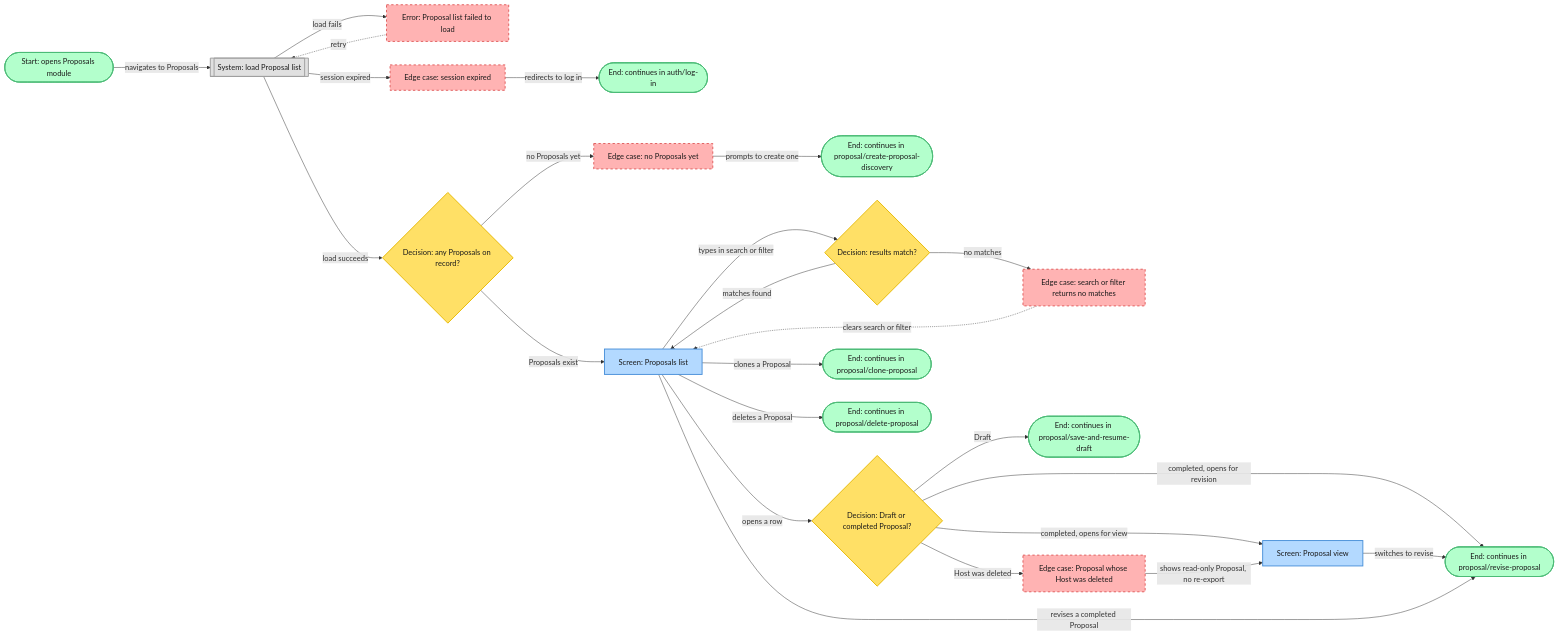
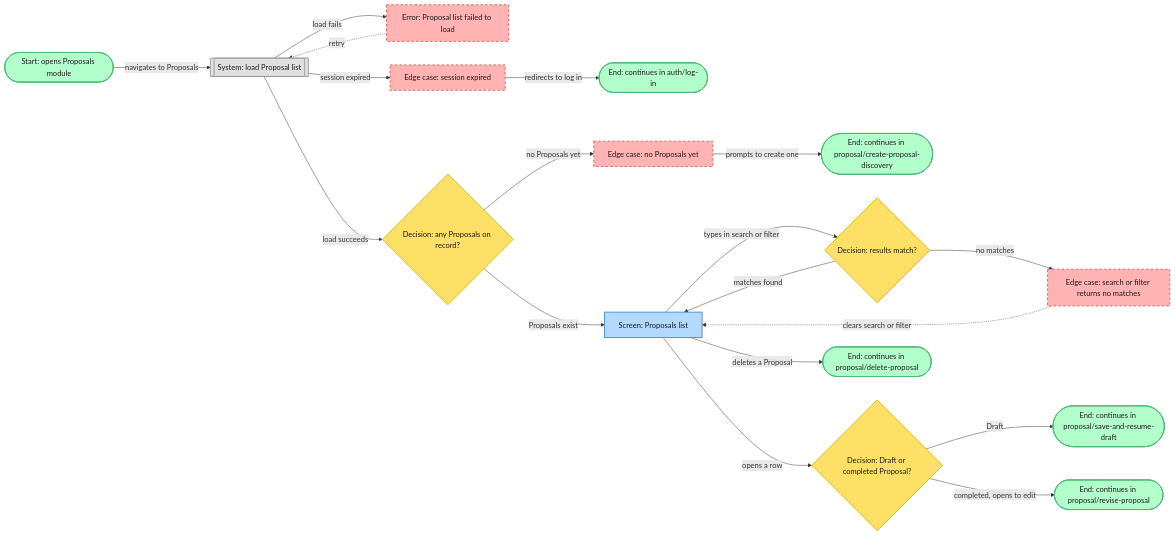
One commit to 3WokRide/claude-scratch changed the diagram in proposal-builder/user-flows/proposal/browse-proposals.mermaid. Above: the diagram before and after it, drawn with Mermaid. The commit also changed 13 other files, not shown here.

```diff
--- a/proposal-builder/user-flows/proposal/browse-proposals.mermaid
+++ b/proposal-builder/user-flows/proposal/browse-proposals.mermaid
@@ -1,38 +1,31 @@
 %% Flow: Browse Proposals
-%% Applies: 1 (no Proposals yet empty state), 5 (search or filter returns no matches, distinct from empty state), 7 (Proposal whose Host was deleted), 8 (session expiry on load)
-%% N/A: 2 (no external API call in this flow), 3 (no AI generation in this flow), 4 (no form input, only filter/search fields), 6 (delete confirmation lives in delete-proposal)
+%% Applies: 1 (no Proposals yet empty state), 5 (search or filter returns no matches, distinct from empty state), 8 (session expiry on load)
+%% N/A: 2 (no external API call in this flow), 3 (no AI generation in this flow), 4 (no form input, only filter/search fields), 6 (delete confirmation lives in delete-proposal), 7 (Hosts are archived not deleted, so a Proposal can never lose its Host)
 flowchart LR
     classDef startEnd fill:#B3FFCC,stroke:#4CBB77,stroke-width:2px,color:#1A1A1A
     classDef screen fill:#B3D9FF,stroke:#4A90D9,stroke-width:2px,color:#1A1A1A
     classDef system fill:#E0E0E0,stroke:#9E9E9E,stroke-width:2px,color:#1A1A1A
     classDef decision fill:#FFE066,stroke:#E6B800,stroke-width:2px,color:#1A1A1A
     classDef errorNode fill:#FFB3B3,stroke:#E05C5C,stroke-width:2px,stroke-dasharray: 5 5,color:#1A1A1A
 
     A(["Start: opens Proposals module"]):::startEnd -->|"navigates to Proposals"| B[["System: load Proposal list"]]:::system
     B -->|"load fails"| E1["Error: Proposal list failed to load"]:::errorNode
     E1 -.->|"retry"| B
     B -->|"session expired"| E2["Edge case: session expired"]:::errorNode
     E2 -->|"redirects to log in"| Z1(["End: continues in auth/log-in"]):::startEnd
 
     B -->|"load succeeds"| C{"Decision: any Proposals on record?"}:::decision
     C -->|"no Proposals yet"| D1["Edge case: no Proposals yet"]:::errorNode
     D1 -->|"prompts to create one"| Z2(["End: continues in proposal/create-proposal-discovery"]):::startEnd
 
     C -->|"Proposals exist"| F["Screen: Proposals list"]:::screen
     F -->|"types in search or filter"| G{"Decision: results match?"}:::decision
     G -->|"matches found"| F
     G -->|"no matches"| D2["Edge case: search or filter returns no matches"]:::errorNode
     D2 -.->|"clears search or filter"| F
 
     F -->|"opens a row"| H{"Decision: Draft or completed Proposal?"}:::decision
     H -->|"Draft"| Z3(["End: continues in proposal/save-and-resume-draft"]):::startEnd
-    H -->|"completed, opens for revision"| Z4(["End: continues in proposal/revise-proposal"]):::startEnd
-    H -->|"completed, opens for view"| I["Screen: Proposal view"]:::screen
-    I -->|"switches to revise"| Z4
+    H -->|"completed, opens to edit"| Z4(["End: continues in proposal/revise-proposal"]):::startEnd
 
-    H -->|"Host was deleted"| E3["Edge case: Proposal whose Host was deleted"]:::errorNode
-    E3 -->|"shows read-only Proposal, no re-export"| I
-
-    F -->|"clones a Proposal"| Z5(["End: continues in proposal/clone-proposal"]):::startEnd
-    F -->|"revises a completed Proposal"| Z4
     F -->|"deletes a Proposal"| Z6(["End: continues in proposal/delete-proposal"]):::startEnd
```
